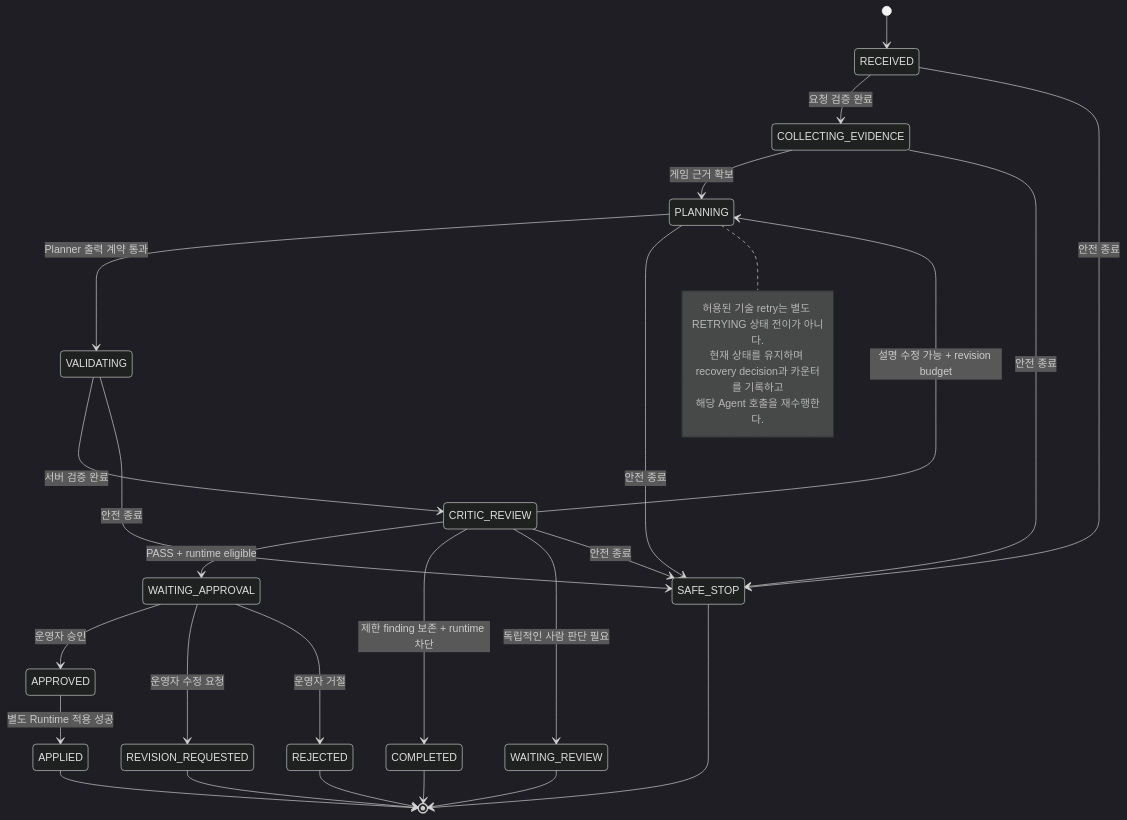
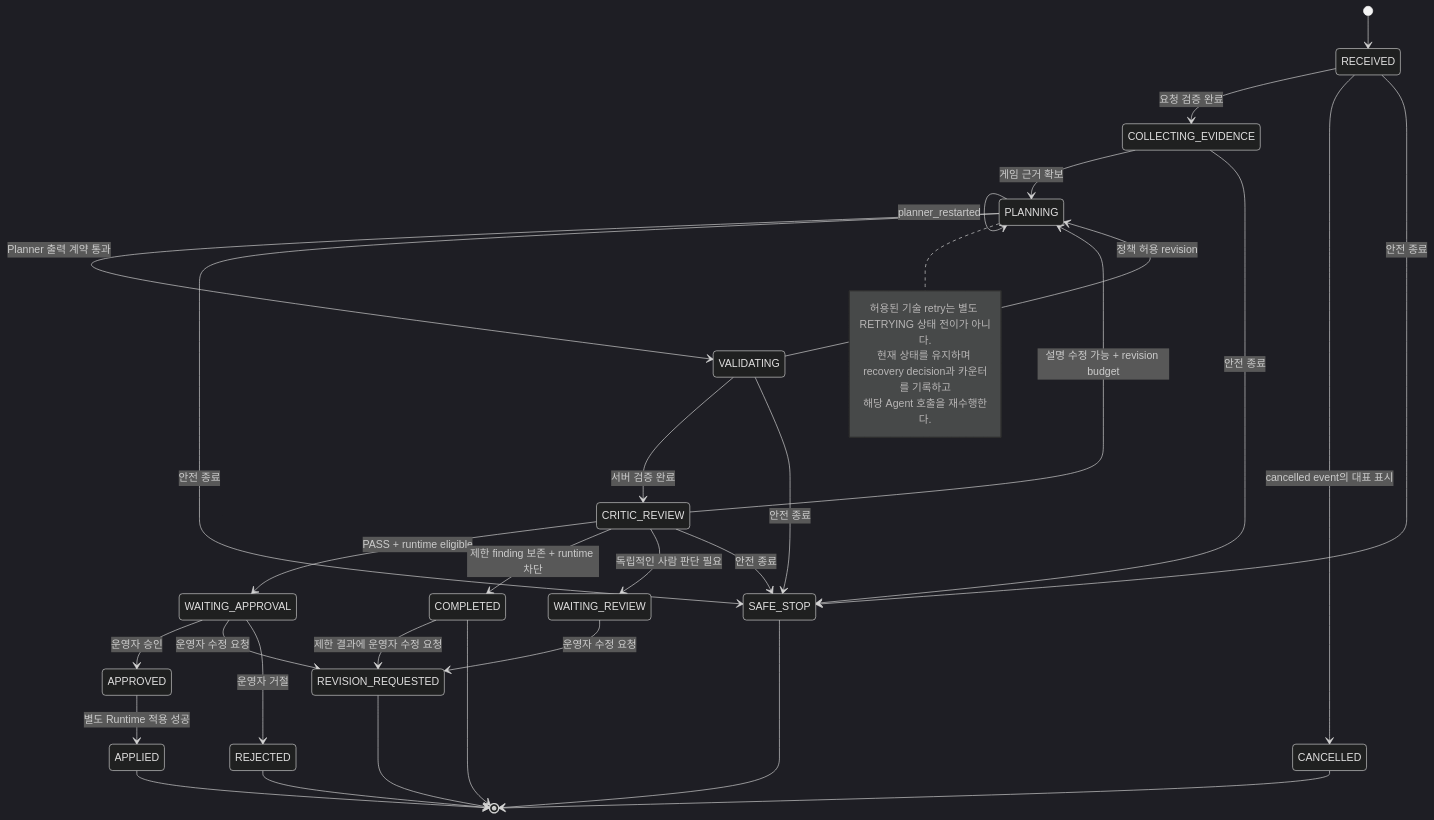
Before and after one commit to encore-ai-campus/aio-01-p3-team2: the second of 2 diagrams in docs/ik/산출물1_멀티에이전트_아키텍처_설계서.md, drawn with Mermaid (dark theme). The commit also changed other lines of this file and 7 other files, not shown here.

````diff
--- a/docs/ik/산출물1_멀티에이전트_아키텍처_설계서.md
+++ b/docs/ik/산출물1_멀티에이전트_아키텍처_설계서.md
@@ -89,32 +91,37 @@
 ```mermaid
 stateDiagram-v2
     [*] --> RECEIVED
     RECEIVED --> COLLECTING_EVIDENCE: 요청 검증 완료
     COLLECTING_EVIDENCE --> PLANNING: 게임 근거 확보
     PLANNING --> VALIDATING: Planner 출력 계약 통과
     VALIDATING --> CRITIC_REVIEW: 서버 검증 완료
     CRITIC_REVIEW --> WAITING_APPROVAL: PASS + runtime eligible
+    VALIDATING --> PLANNING: 정책 허용 revision
     CRITIC_REVIEW --> PLANNING: 설명 수정 가능 + revision budget
+    PLANNING --> PLANNING: planner_restarted
     CRITIC_REVIEW --> COMPLETED: 제한 finding 보존 + runtime 차단
     CRITIC_REVIEW --> WAITING_REVIEW: 독립적인 사람 판단 필요
     WAITING_APPROVAL --> APPROVED: 운영자 승인
     WAITING_APPROVAL --> REVISION_REQUESTED: 운영자 수정 요청
+    WAITING_REVIEW --> REVISION_REQUESTED: 운영자 수정 요청
+    COMPLETED --> REVISION_REQUESTED: 제한 결과에 운영자 수정 요청
     APPROVED --> APPLIED: 별도 Runtime 적용 성공
     WAITING_APPROVAL --> REJECTED: 운영자 거절
     COMPLETED --> [*]
-    WAITING_REVIEW --> [*]
     REVISION_REQUESTED --> [*]
     REJECTED --> [*]
+    CANCELLED --> [*]
     SAFE_STOP --> [*]
     APPLIED --> [*]
+    RECEIVED --> CANCELLED: cancelled event의 대표 표시
     RECEIVED --> SAFE_STOP: 안전 종료
     COLLECTING_EVIDENCE --> SAFE_STOP: 안전 종료
     PLANNING --> SAFE_STOP: 안전 종료
     VALIDATING --> SAFE_STOP: 안전 종료
     CRITIC_REVIEW --> SAFE_STOP: 안전 종료
     note right of PLANNING
       허용된 기술 retry는 별도 RETRYING 상태 전이가 아니다.
       현재 상태를 유지하며 recovery decision과 카운터를 기록하고
       해당 Agent 호출을 재수행한다.
     end note
 ```
````
